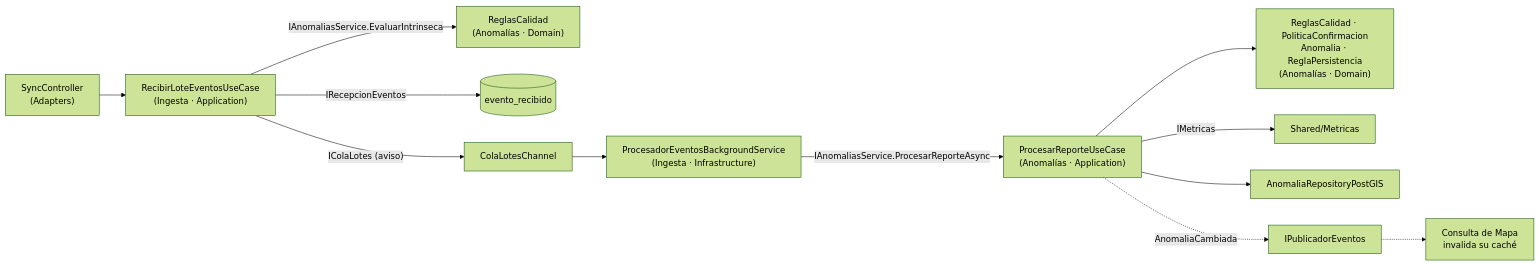
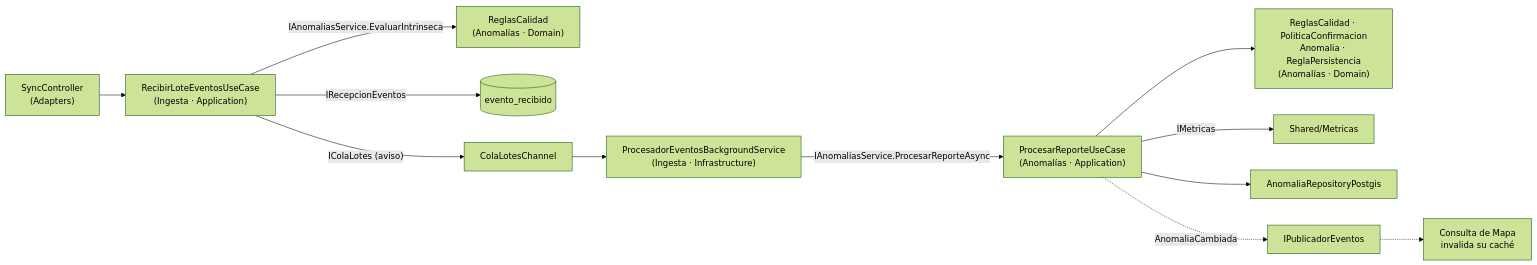
One commit to Crisso29/KillaUru_Sprint01 changed the second of 3 diagrams in docs/02-arquitectura-de-software/enfoque-arquitectonico.md. Above: the diagram before and after it, drawn with Mermaid (forest theme). The commit also changed other lines of this file and 443 other files, not shown here.

````diff
--- a/docs/02-arquitectura-de-software/enfoque-arquitectonico.md
+++ b/docs/02-arquitectura-de-software/enfoque-arquitectonico.md
@@ -209,14 +215,14 @@
 ```mermaid
 flowchart LR
     SC["SyncController<br/>(Adapters)"] --> RL["RecibirLoteEventosUseCase<br/>(Ingesta · Application)"]
     RL -- "IAnomaliasService.EvaluarIntrinseca" --> VAL0["ReglasCalidad<br/>(Anomalías · Domain)"]
     RL -- "IRecepcionEventos" --> RE[("evento_recibido")]
     RL -- "IColaLotes (aviso)" --> Q["ColaLotesChannel"]
     Q --> BG["ProcesadorEventosBackgroundService<br/>(Ingesta · Infrastructure)"]
     BG -- "IAnomaliasService.ProcesarReporteAsync" --> PR["ProcesarReporteUseCase<br/>(Anomalías · Application)"]
     PR --> DOM["ReglasCalidad · PoliticaConfirmacion<br/>Anomalia · ReglaPersistencia<br/>(Anomalías · Domain)"]
     PR -- "IMetricas" --> MT["Shared/Metricas"]
-    PR --> RP["AnomaliaRepositoryPostGIS"]
+    PR --> RP["AnomaliaRepositoryPostgis"]
     PR -. "AnomaliaCambiada" .-> EV["IPublicadorEventos"]
     EV -.-> CA["Consulta de Mapa<br/>invalida su caché"]
 ```
````
